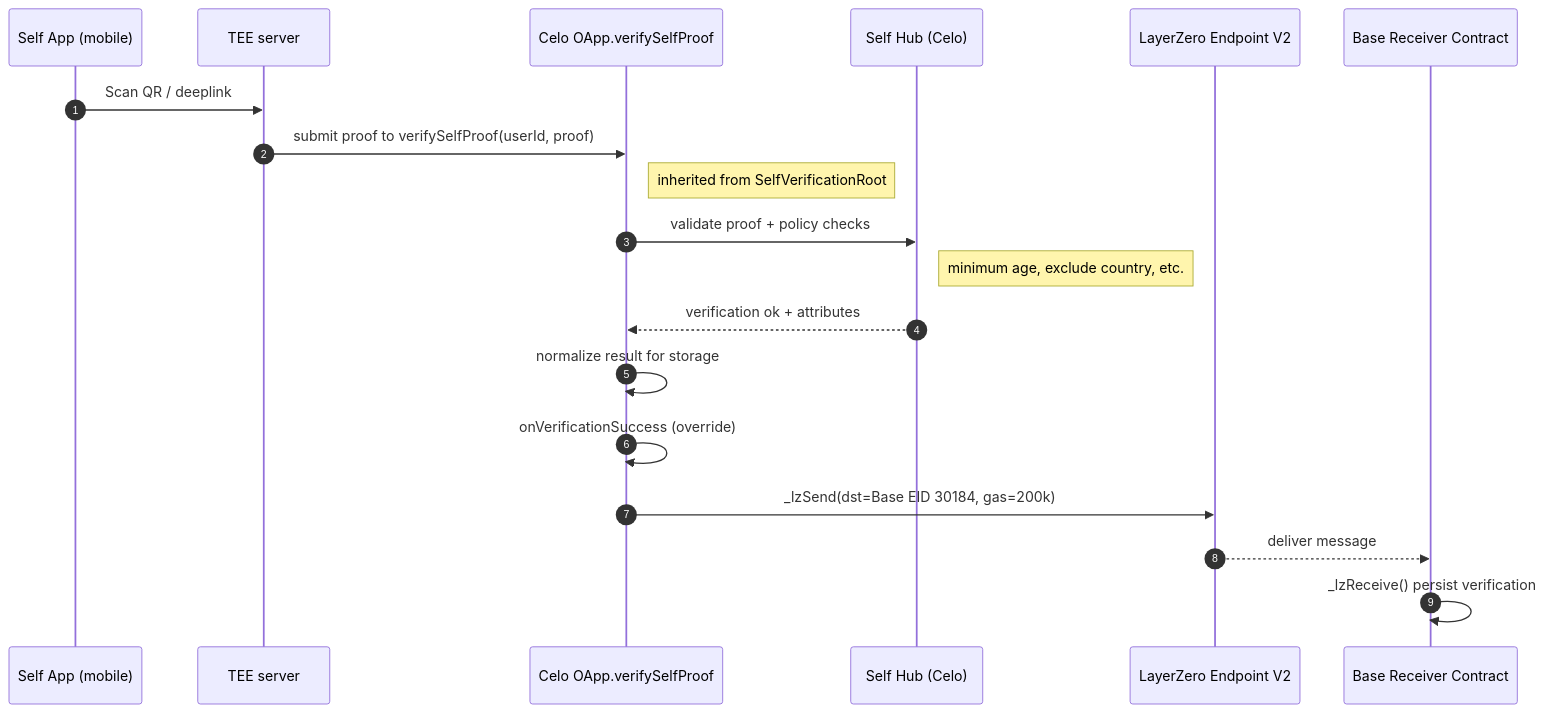
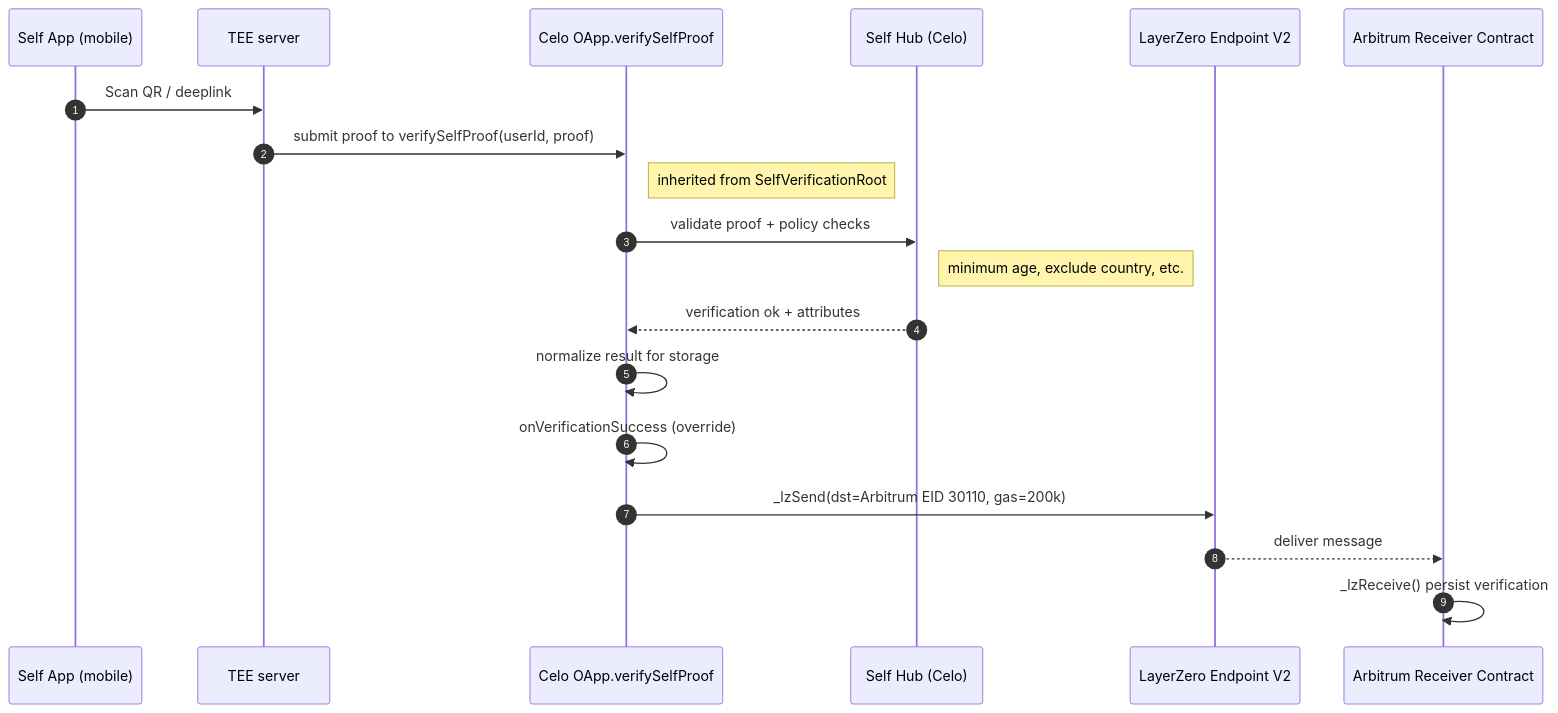
Before and after one commit to Smitbafna/FlowRent: the diagram in README.md, drawn with Mermaid. The commit also changed other lines of this file and 6 other files, not shown here.

````diff
--- a/README.md
+++ b/README.md
@@ -57,22 +57,22 @@
 ```mermaid
 sequenceDiagram
     autonumber
     participant User as Self App (mobile)
     participant TEE as TEE server
     participant OApp as Celo OApp.verifySelfProof
     participant Hub as Self Hub (Celo)
     participant LZ as LayerZero Endpoint V2
-    participant Base as Base Receiver Contract
+    participant Arbitrum as Arbitrum Receiver Contract
 
     User->>TEE: Scan QR / deeplink
     TEE->>OApp: submit proof to verifySelfProof(userId, proof)
     Note right of OApp: inherited from SelfVerificationRoot
     OApp->>Hub: validate proof + policy checks
     Note right of Hub: minimum age, exclude country, etc.
     Hub-->>OApp: verification ok + attributes
     OApp->>OApp: normalize result for storage
     OApp->>OApp: onVerificationSuccess (override)
-    OApp->>LZ: _lzSend(dst=Base EID 30184, gas=200k)
-    LZ-->>Base: deliver message
-    Base->>Base: _lzReceive() persist verification
+    OApp->>LZ: _lzSend(dst=Arbitrum EID 30110, gas=200k)
+    LZ-->>Arbitrum: deliver message
+    Arbitrum->>Arbitrum: _lzReceive() persist verification
 ```
````
